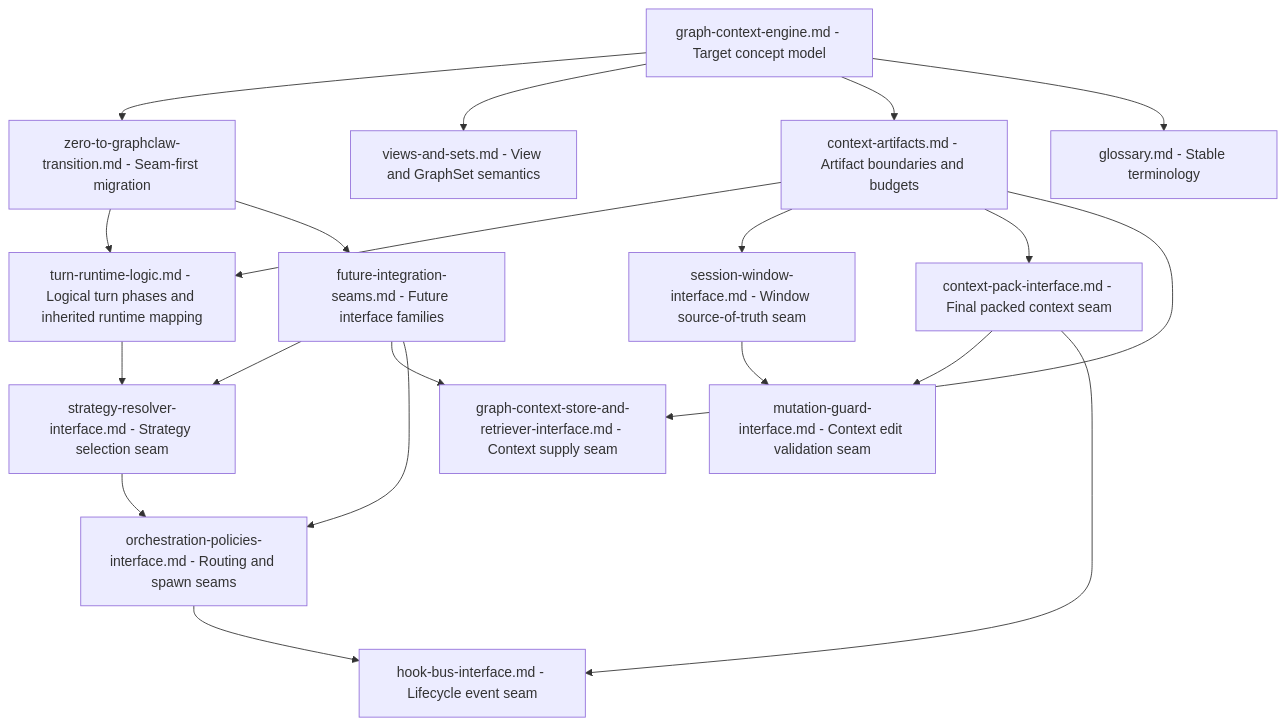
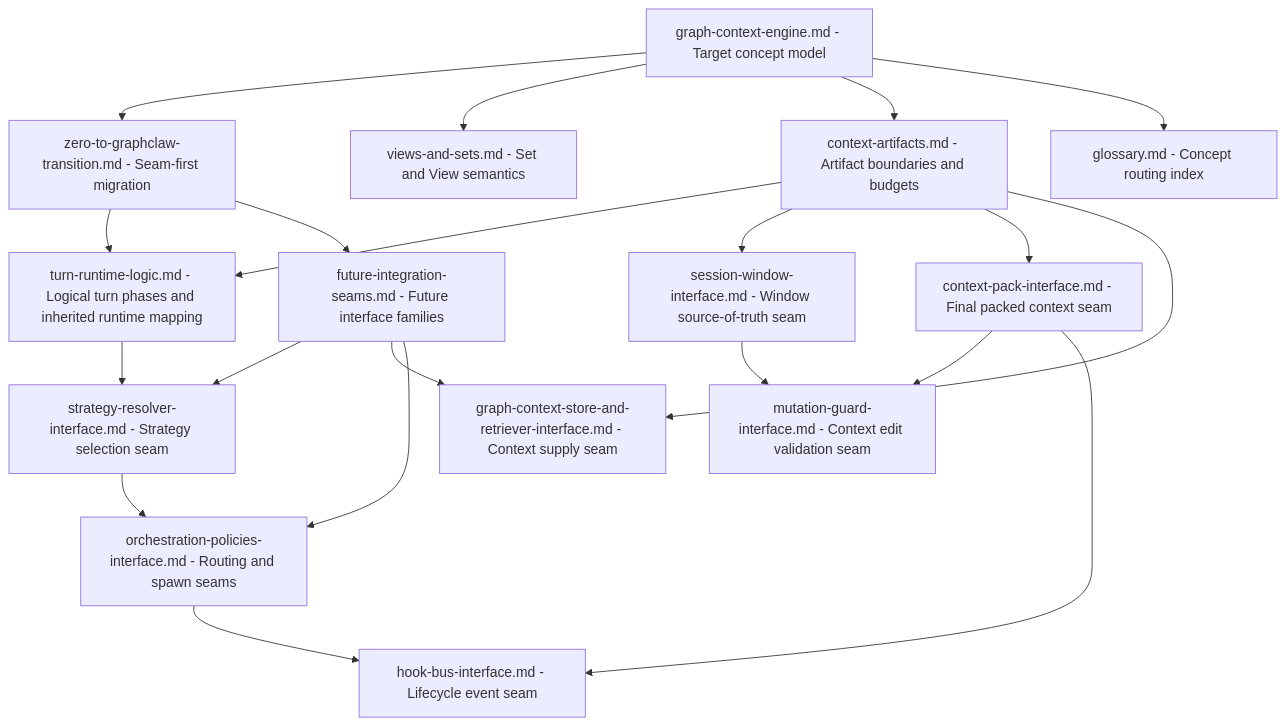
Before and after one commit to ZEDIUM-Off/graphclaw: the diagram in docs/architecture/README.md, drawn with Mermaid. The commit also changed other lines of this file and 62 other files, not shown here.

````diff
--- a/docs/architecture/README.md
+++ b/docs/architecture/README.md
@@ -34,37 +47,37 @@
 ```mermaid
 flowchart TD
     A["graph-context-engine.md - Target concept model"]
     B["zero-to-graphclaw-transition.md - Seam-first migration"]
-    C["views-and-sets.md - View and GraphSet semantics"]
+    C["views-and-sets.md - Set and View semantics"]
     D["context-artifacts.md - Artifact boundaries and budgets"]
     E["turn-runtime-logic.md - Logical turn phases and inherited runtime mapping"]
     F["future-integration-seams.md - Future interface families"]
     G["session-window-interface.md - Window source-of-truth seam"]
     H["context-pack-interface.md - Final packed context seam"]
     I["strategy-resolver-interface.md - Strategy selection seam"]
     J["graph-context-store-and-retriever-interface.md - Context supply seam"]
     K["mutation-guard-interface.md - Context edit validation seam"]
     L["orchestration-policies-interface.md - Routing and spawn seams"]
     M["hook-bus-interface.md - Lifecycle event seam"]
-    N["glossary.md - Stable terminology"]
+    N["glossary.md - Concept routing index"]
 
     A --> B
     A --> C
     A --> D
     B --> E
     D --> E
     B --> F
     D --> G
     D --> H
     E --> I
     F --> I
     F --> J
     D --> J
     G --> K
     H --> K
     F --> L
     I --> L
     L --> M
     H --> M
     A --> N
 ```
````
